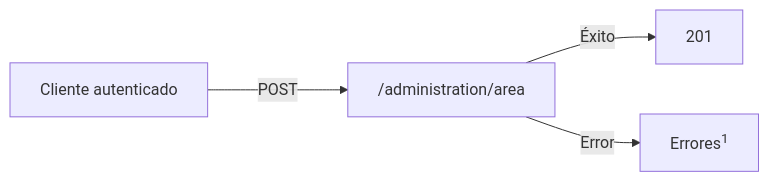
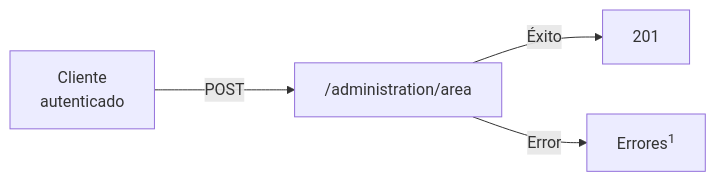
Before and after one commit to pedroifgonzalez/tecopos_api_doc: the first of 8 diagrams in docs/procesos/almacenes.md, drawn with Mermaid. The commit also changed other lines of this file and 6 other files, not shown here.

````diff
--- a/docs/procesos/almacenes.md
+++ b/docs/procesos/almacenes.md
@@ -31,6 +33,7 @@
 ```mermaid
 flowchart LR
-	A[Cliente autenticado] -- POST ---> B[ /administration/area]
+	A[Cliente
+	autenticado] -- POST ---> B[ /administration/area]
 	B -- Éxito --> C[201]
 	B -- Error --> D[Errores<sup>1</sup>]
 ```
````
